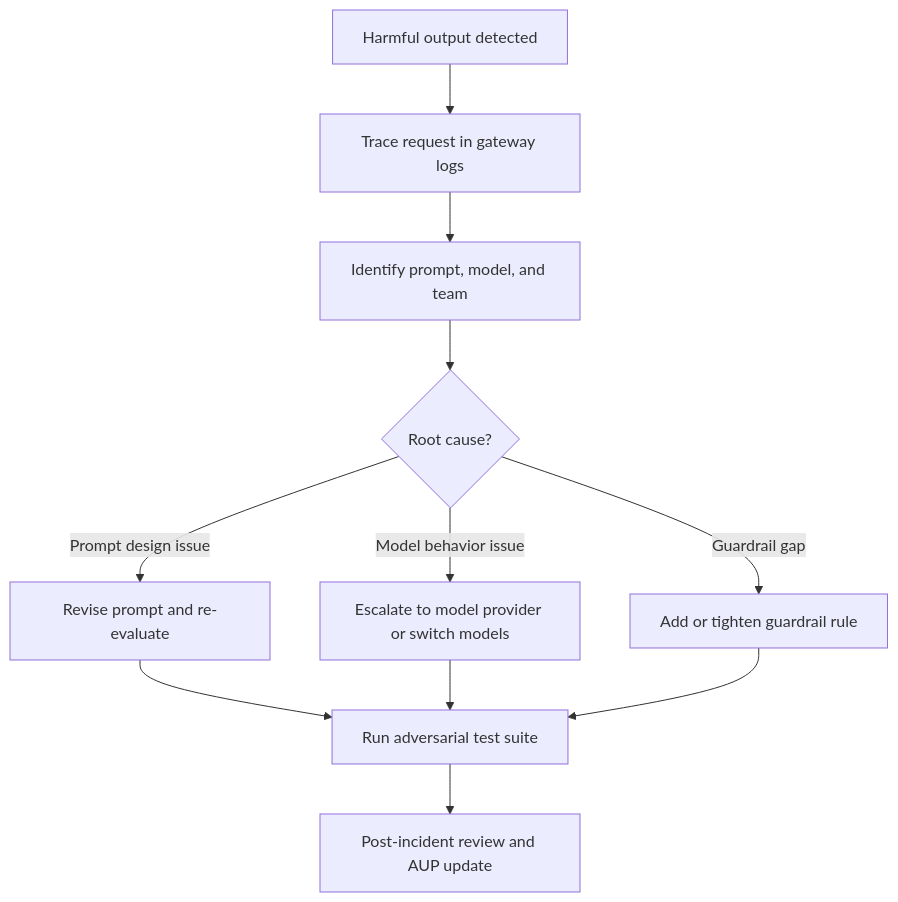
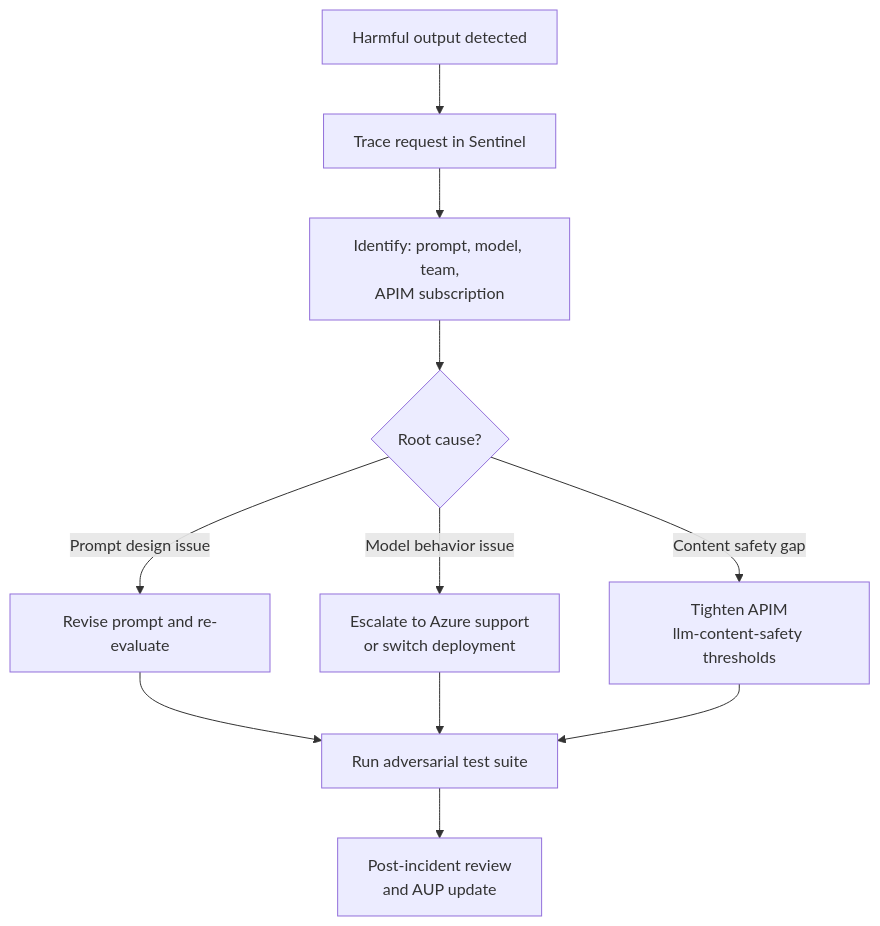
One commit to Odovey-Consulting/odovey-blog changed the second of 2 diagrams in posts/2026-02-08-genai-platform-operations-observability-security-devex.md. Above: the diagram before and after it, drawn with Mermaid. The commit also changed other lines of this file and 3 other files, not shown here.

````diff
--- a/posts/2026-02-08-genai-platform-operations-observability-security-devex.md
+++ b/posts/2026-02-08-genai-platform-operations-observability-security-devex.md
@@ -130,13 +324,13 @@
 ```mermaid
 flowchart TD
-    A[Harmful output detected] --> B[Trace request in gateway logs]
-    B --> C[Identify prompt, model, and team]
+    A[Harmful output detected] --> B[Trace request in Sentinel]
+    B --> C[Identify: prompt, model, team,<br/>APIM subscription]
     C --> D{Root cause?}
     D -->|Prompt design issue| E[Revise prompt and re-evaluate]
-    D -->|Model behavior issue| F[Escalate to model provider or switch models]
-    D -->|Guardrail gap| G[Add or tighten guardrail rule]
+    D -->|Model behavior issue| F[Escalate to Azure support<br/>or switch deployment]
+    D -->|Content safety gap| G[Tighten APIM<br/>llm-content-safety thresholds]
     E --> H[Run adversarial test suite]
     F --> H
     G --> H
-    H --> I[Post-incident review and AUP update]
+    H --> I[Post-incident review<br/>and AUP update]
 ```
````
